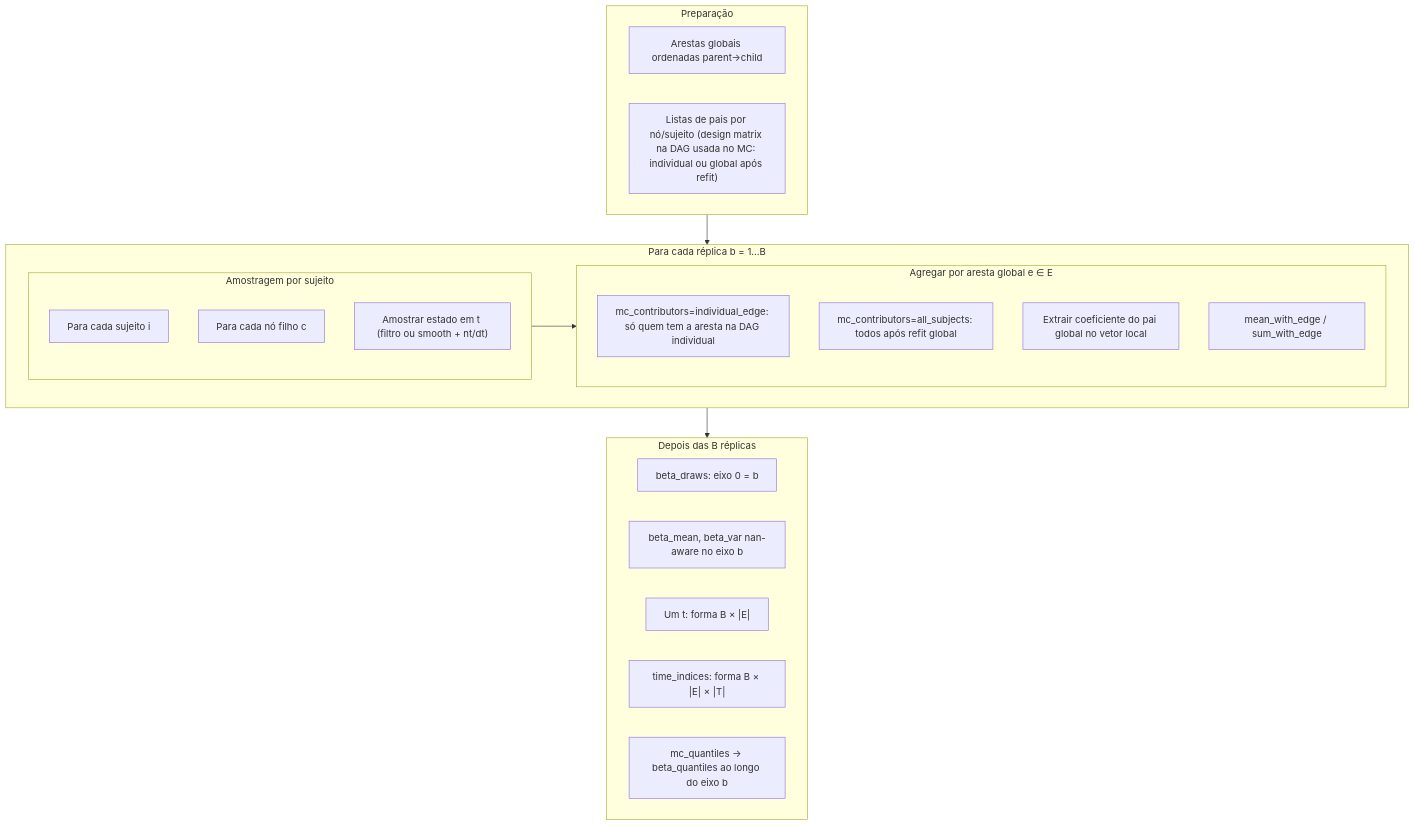
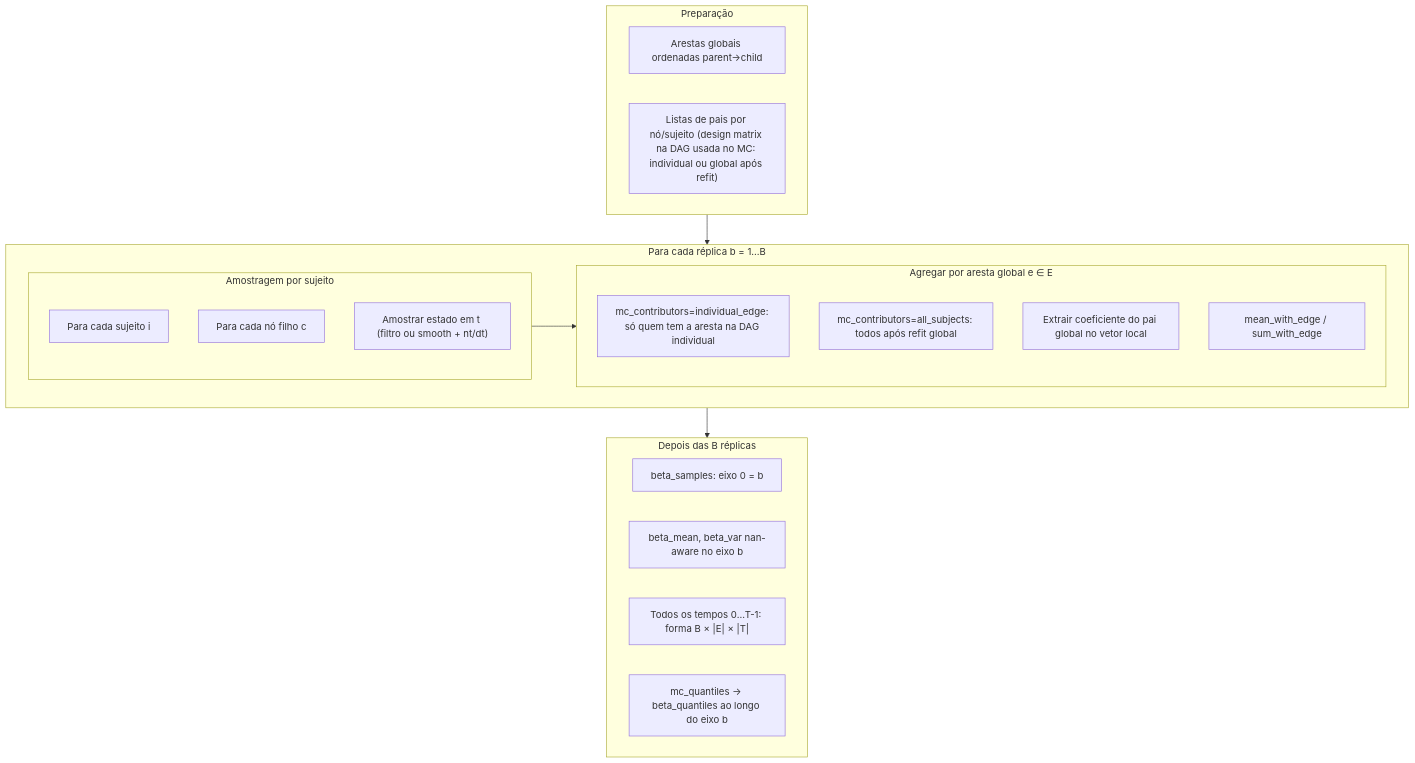
Before and after one commit to maods2/mdmp: the fourth of 5 diagrams in mdmp/group_analysis/inds/aggregation_diagrams.md, drawn with Mermaid. The commit also changed other lines of this file and 11 other files, not shown here.

````diff
--- a/mdmp/group_analysis/inds/aggregation_diagrams.md
+++ b/mdmp/group_analysis/inds/aggregation_diagrams.md
@@ -139,34 +140,33 @@
 ```mermaid
 flowchart TD
   subgraph prep["Preparação"]
     E["Arestas globais ordenadas parent→child"]
     PL["Listas de pais por nó/sujeito (design matrix na DAG usada no MC: individual ou global após refit)"]
   end
 
   subgraph rep["Para cada réplica b = 1…B"]
     subgraph samp["Amostragem por sujeito"]
       Si["Para cada sujeito i"]
       Nj["Para cada nó filho c"]
-      Draw["Amostrar estado em t (filtro ou smooth + nt/dt)"]
+      Samp["Amostrar estado em t (filtro ou smooth + nt/dt)"]
     end
 
     subgraph pool["Agregar por aresta global e ∈ E"]
       Ind["mc_contributors=individual_edge: só quem tem a aresta na DAG individual"]
       All["mc_contributors=all_subjects: todos após refit global"]
       Align["Extrair coeficiente do pai global no vetor local"]
       Mean["mean_with_edge / sum_with_edge"]
     end
   end
 
   subgraph post["Depois das B réplicas"]
-    BD["beta_draws: eixo 0 = b"]
+    BD["beta_samples: eixo 0 = b"]
     MV["beta_mean, beta_var nan-aware no eixo b"]
-    T1["Um t: forma B × |E|"]
-    Tk["time_indices: forma B × |E| × |T|"]
+    Tk["Todos os tempos 0…T-1: forma B × |E| × |T|"]
     Q["mc_quantiles → beta_quantiles ao longo do eixo b"]
   end
 
   prep --> rep
   samp --> pool
   rep --> post
 ```
````
